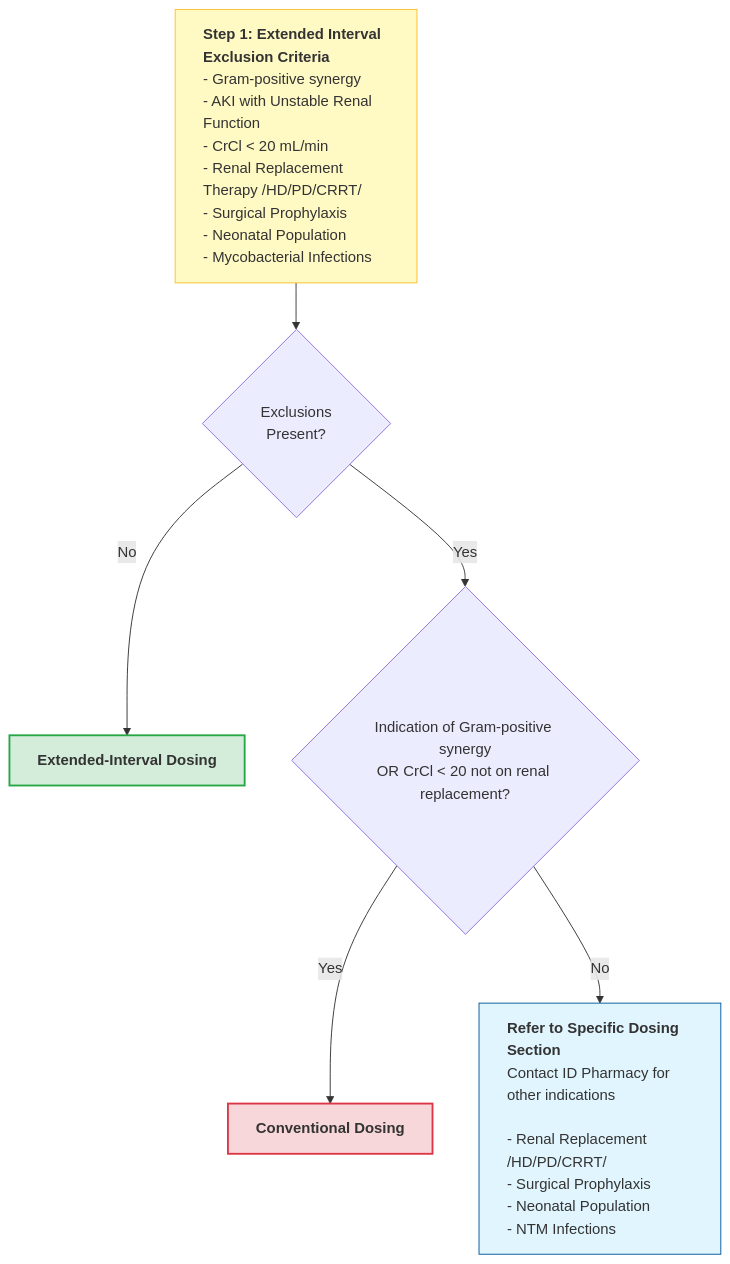
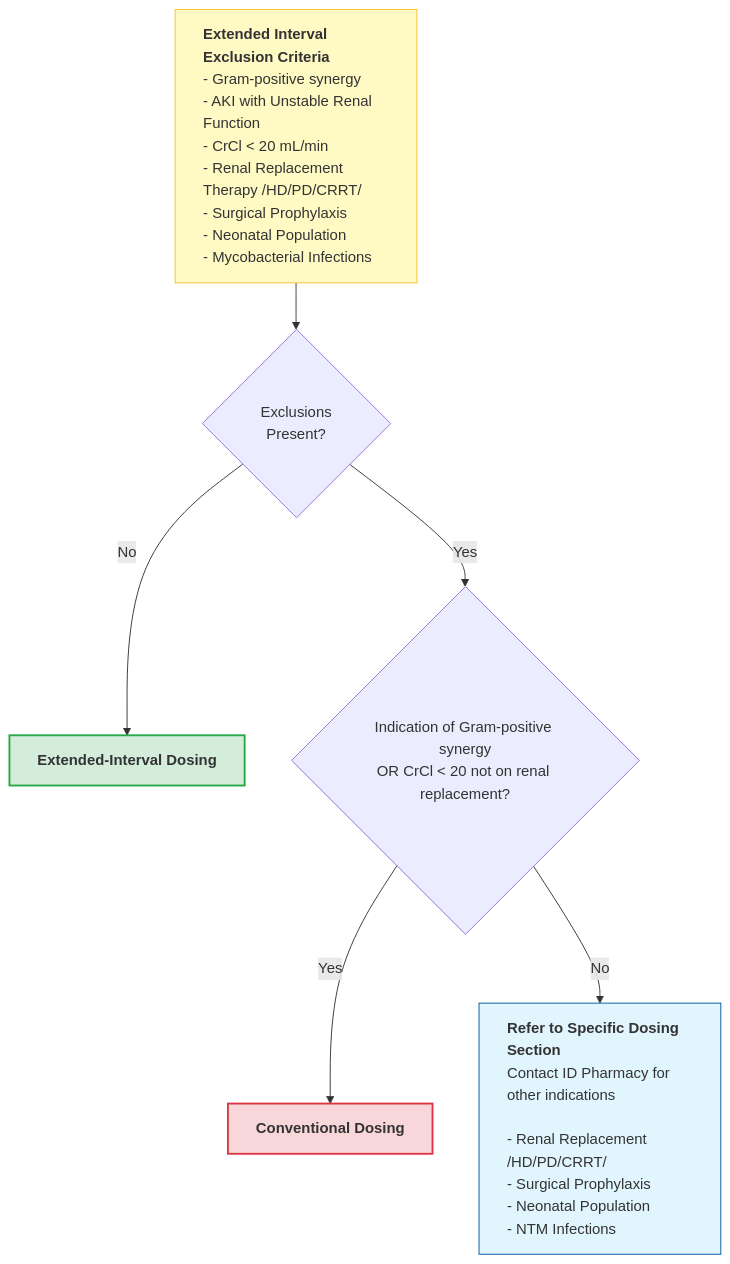
The diagram in dosing-strategy.md (shemtsai/Aminoglycoside-Calculator), drawn with Mermaid before and after one commit.

Commit message:
Remove 'Step 1:' from Extended Interval Exclusion Criteria

````diff
--- a/dosing-strategy.md
+++ b/dosing-strategy.md
@@ -39,33 +39,33 @@
 ```mermaid
 flowchart TD
     %% Step 1: Initial Checklist
-    Start["<b>Step 1: Extended Interval Exclusion Criteria</b><br/>- Gram-positive synergy<br/>- AKI with Unstable Renal Function<br/>- CrCl < 20 mL/min<br/>- Renal Replacement Therapy /HD/PD/CRRT/<br/>- Surgical Prophylaxis<br/>- Neonatal Population<br/>- Mycobacterial Infections"] 
+    Start["<b>Extended Interval Exclusion Criteria</b><br/>- Gram-positive synergy<br/>- AKI with Unstable Renal Function<br/>- CrCl < 20 mL/min<br/>- Renal Replacement Therapy /HD/PD/CRRT/<br/>- Surgical Prophylaxis<br/>- Neonatal Population<br/>- Mycobacterial Infections"] 
     
     Start --> B{Exclusions<br/>Present?}
     
     %% Path to EI
     B -- No --> EI["<b>Extended-Interval Dosing</b>"]
 
     %% Path to second decision
     B -- Yes --> C{"Indication of Gram-positive synergy<br/>OR CrCl < 20 not on renal replacement?"}
     
     %% Final Outcomes
     C -- Yes --> Conv["<b>Conventional Dosing</b>"]
     
     C -- No --> D["<b>Refer to Specific Dosing Section</b><br/>Contact ID Pharmacy for other indications<br/><br/>- Renal Replacement /HD/PD/CRRT/<br/>- Surgical Prophylaxis<br/>- Neonatal Population<br/>- NTM Infections"]
 
     %% STYLING SECTION
     classDef wideBox min-width:400px,text-align:left;
     classDef outcomeBox min-width:300px,text-align:center;
     classDef diamond padding:20px;
 
     class Start,D wideBox;
     class EI,Conv outcomeBox;
     class B,C diamond;
 
     %% Individual Colors
     style Start fill:#fff9c4,stroke:#fbc02d
     style EI fill:#d4edda,stroke:#28a745,stroke-width:2px
     style Conv fill:#f8d7da,stroke:#dc3545,stroke-width:2px
     style D fill:#e1f5fe,stroke:#01579b
 ```
````
